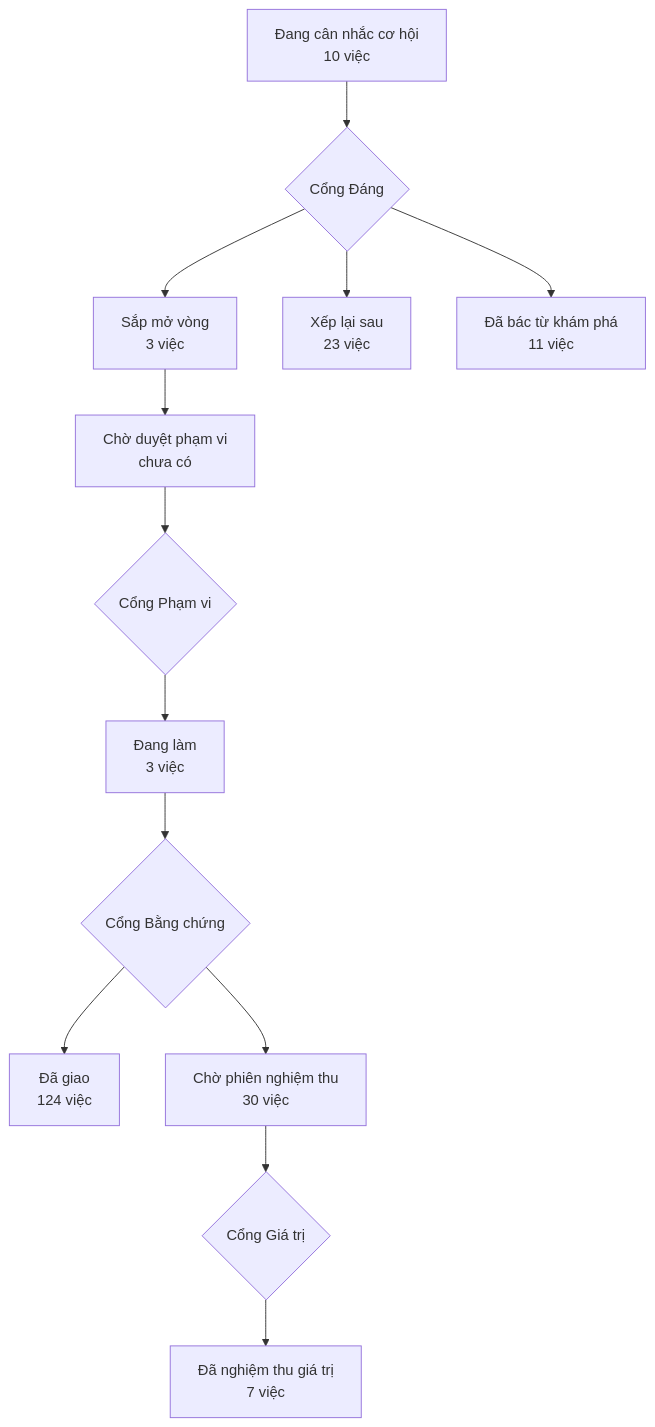
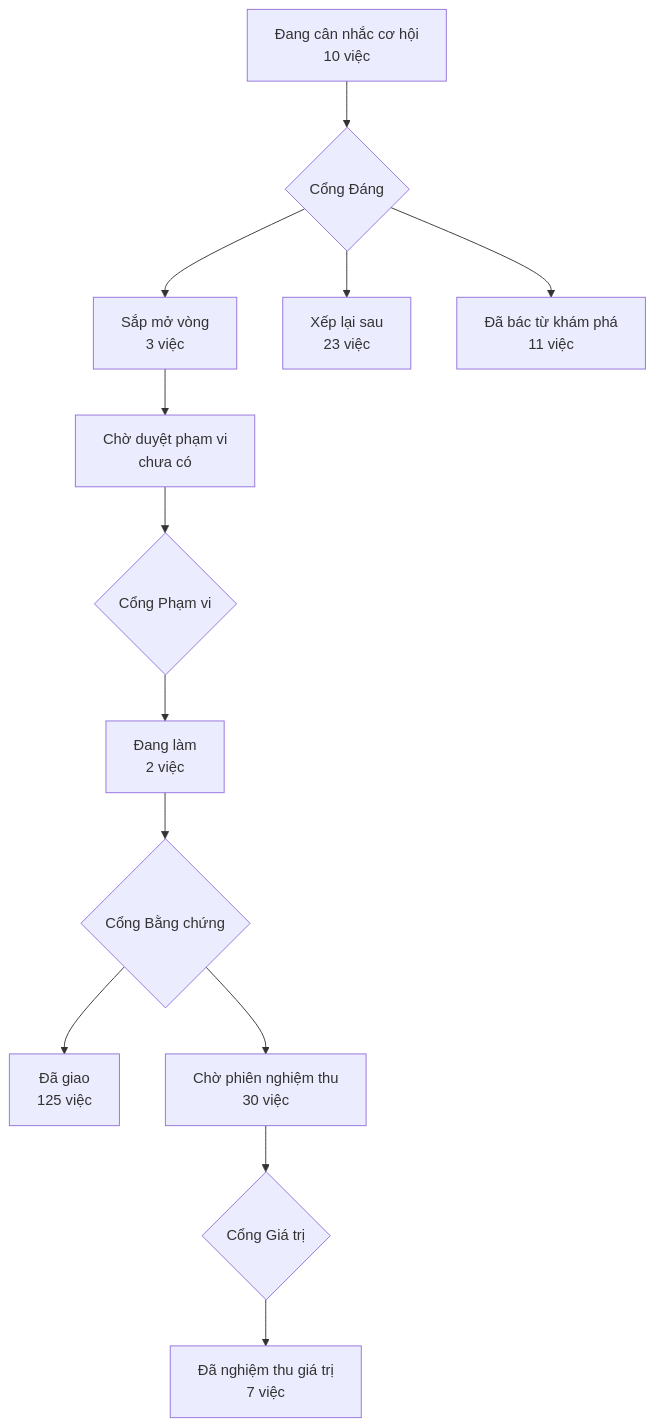
Before and after one commit to phanlemanh/acceptance-gate-kit: the diagram in PRODUCT-MAP.md, drawn with Mermaid. The commit also changed 5 other files, not shown here.

````diff
--- a/PRODUCT-MAP.md
+++ b/PRODUCT-MAP.md
@@ -7,12 +7,12 @@
 ```mermaid
 flowchart TD
   A["Đang cân nhắc cơ hội<br/>10 việc"] --> GD{"Cổng Đáng"}
   GD --> B["Sắp mở vòng<br/>3 việc"]
   GD --> XL["Xếp lại sau<br/>23 việc"]
   GD --> DB["Đã bác từ khám phá<br/>11 việc"]
   B --> CD["Chờ duyệt phạm vi<br/>chưa có"] --> GP{"Cổng Phạm vi"}
-  GP --> DL["Đang làm<br/>3 việc"] --> GB{"Cổng Bằng chứng"}
-  GB --> DG["Đã giao<br/>124 việc"]
+  GP --> DL["Đang làm<br/>2 việc"] --> GB{"Cổng Bằng chứng"}
+  GB --> DG["Đã giao<br/>125 việc"]
   GB --> CN["Chờ phiên nghiệm thu<br/>30 việc"] --> GG{"Cổng Giá trị"}
   GG --> NT["Đã nghiệm thu giá trị<br/>7 việc"]
 ```
````
